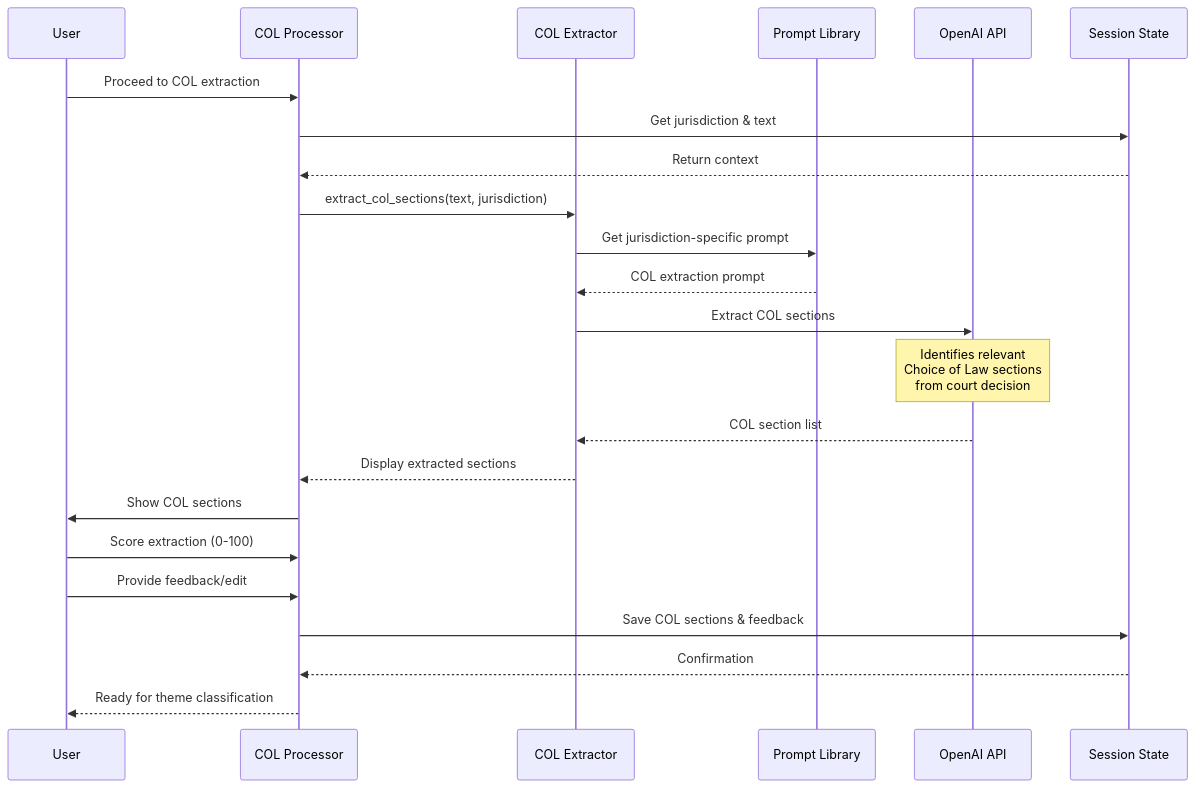
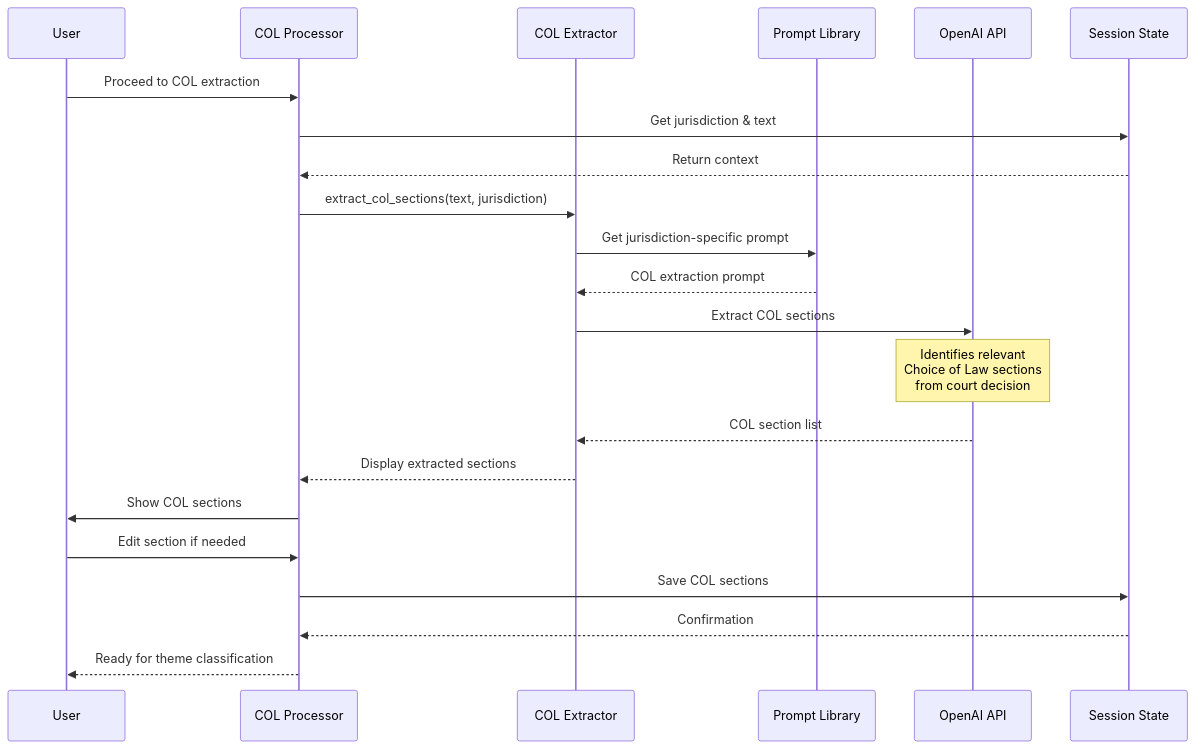
One commit to Choice-of-Law-Dataverse/cold-case-analysis changed the fifth of 8 diagrams in docs/WORKFLOWS.md. Above: the diagram before and after it, drawn with Mermaid. The commit also changed other lines of this file and 8 other files, not shown here.

````diff
--- a/docs/WORKFLOWS.md
+++ b/docs/WORKFLOWS.md
@@ -277,30 +274,29 @@
 ```mermaid
 sequenceDiagram
     participant User
     participant UI as COL Processor
     participant Tool as COL Extractor
     participant Prompt as Prompt Library
     participant LLM as OpenAI API
     participant State as Session State
 
     User->>UI: Proceed to COL extraction
     UI->>State: Get jurisdiction & text
     State-->>UI: Return context
     
     UI->>Tool: extract_col_sections(text, jurisdiction)
     Tool->>Prompt: Get jurisdiction-specific prompt
     Prompt-->>Tool: COL extraction prompt
     
     Tool->>LLM: Extract COL sections
     Note over LLM: Identifies relevant<br/>Choice of Law sections<br/>from court decision
     LLM-->>Tool: COL section list
     
     Tool-->>UI: Display extracted sections
     UI->>User: Show COL sections
-    User->>UI: Score extraction (0-100)
-    User->>UI: Provide feedback/edit
-    
-    UI->>State: Save COL sections & feedback
+    User->>UI: Edit section if needed
+
+    UI->>State: Save COL sections
     State-->>UI: Confirmation
     UI-->>User: Ready for theme classification
 ```
````
